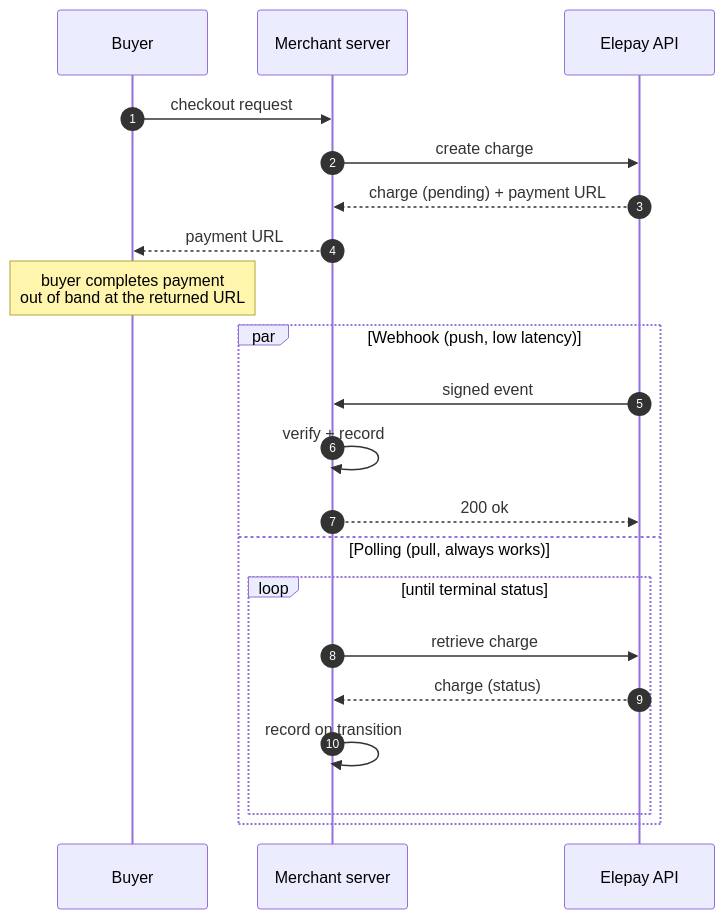
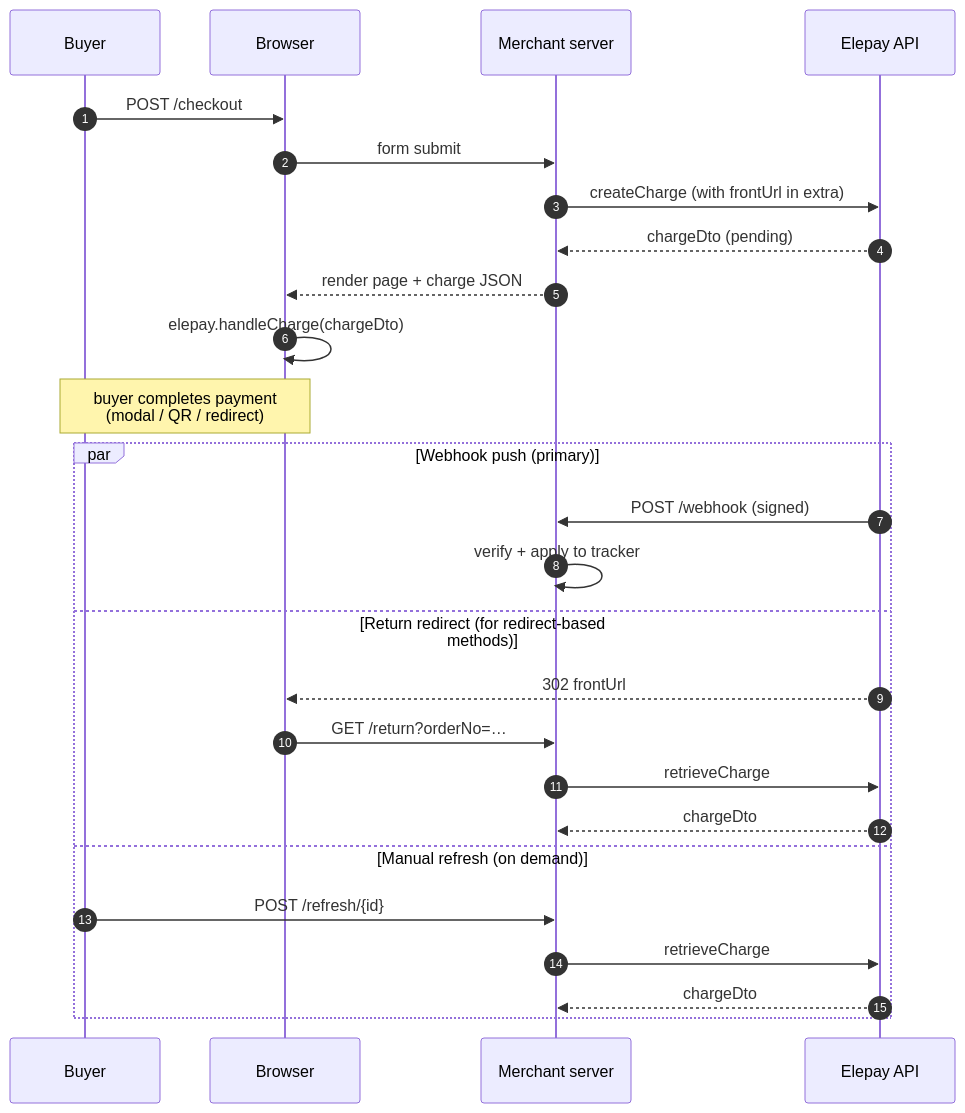
One commit to elestyle/elepay-java-sdk changed the diagram in samples/quickstart/README.md. Above: the diagram before and after it, drawn with Mermaid. The commit also changed other lines of this file and 9 other files, not shown here.

First line of the commit message:
feat(quickstart): wire elepay.js + webhook-centered charge tracker

````diff
--- a/samples/quickstart/README.md
+++ b/samples/quickstart/README.md
@@ -21,27 +32,32 @@
 ```mermaid
 sequenceDiagram
     autonumber
     participant Buyer
+    participant Browser
     participant Merchant as Merchant server
     participant Elepay as Elepay API
 
-    Buyer->>Merchant: checkout request
-    Merchant->>Elepay: create charge
-    Elepay-->>Merchant: charge (pending) + payment URL
-    Merchant-->>Buyer: payment URL
+    Buyer->>Browser: POST /checkout
+    Browser->>Merchant: form submit
+    Merchant->>Elepay: createCharge (with frontUrl in extra)
+    Elepay-->>Merchant: chargeDto (pending)
+    Merchant-->>Browser: render page + charge JSON
+    Browser->>Browser: elepay.handleCharge(chargeDto)
 
-    Note over Buyer: buyer completes payment<br/>out of band at the returned URL
+    Note over Buyer,Browser: buyer completes payment<br/>(modal / QR / redirect)
 
-    par Webhook (push, low latency)
-        Elepay->>Merchant: signed event
-        Merchant->>Merchant: verify + record
-        Merchant-->>Elepay: 200 ok
-    and Polling (pull, always works)
-        loop until terminal status
-            Merchant->>Elepay: retrieve charge
-            Elepay-->>Merchant: charge (status)
-            Merchant->>Merchant: record on transition
-        end
+    par Webhook push (primary)
+        Elepay->>Merchant: POST /webhook (signed)
+        Merchant->>Merchant: verify + apply to tracker
+    and Return redirect (for redirect-based methods)
+        Elepay-->>Browser: 302 frontUrl
+        Browser->>Merchant: GET /return?orderNo=…
+        Merchant->>Elepay: retrieveCharge
+        Elepay-->>Merchant: chargeDto
+    and Manual refresh (on demand)
+        Buyer->>Merchant: POST /refresh/{id}
+        Merchant->>Elepay: retrieveCharge
+        Elepay-->>Merchant: chargeDto
     end
 
 ```
````
